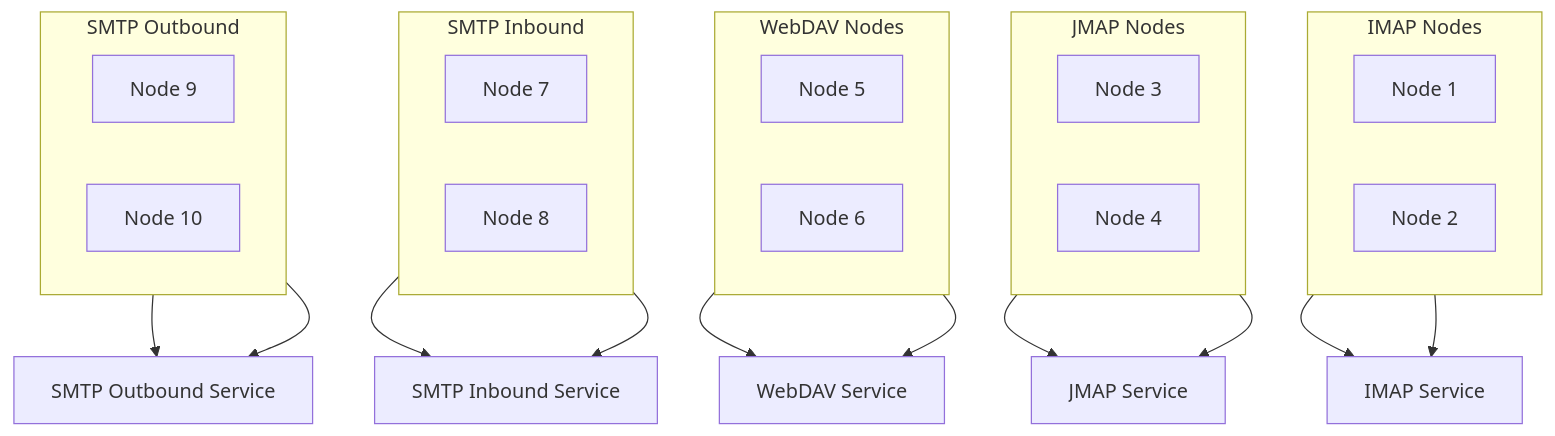
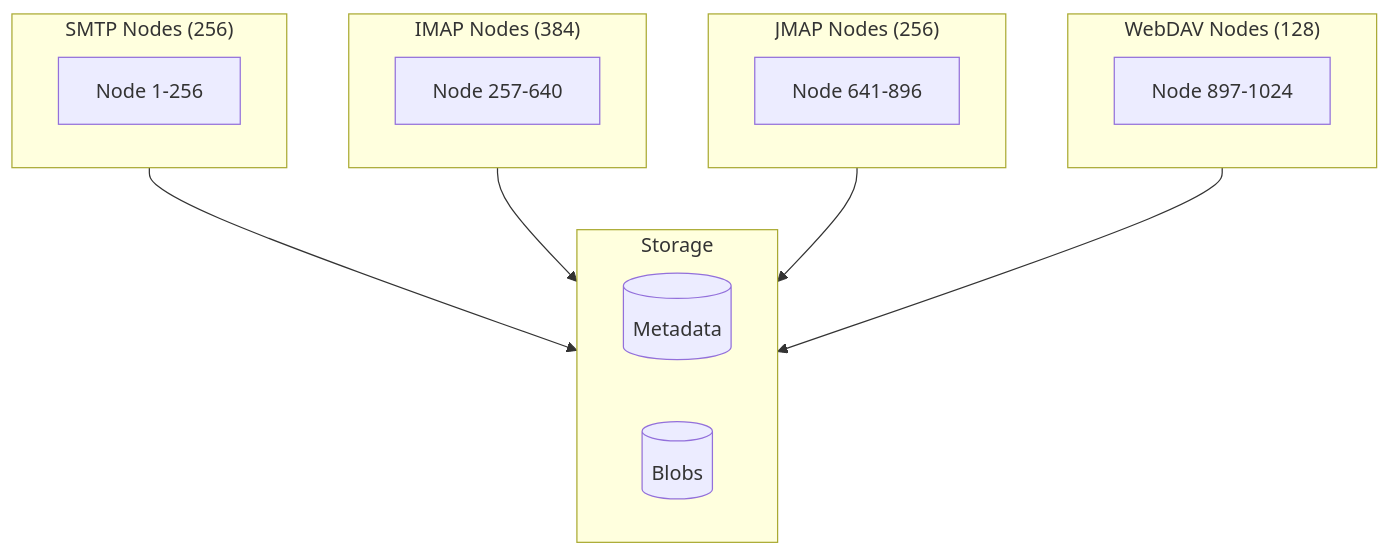
Before and after one commit to stalwartlabs/website: the second of 5 diagrams in docs/cluster/deployment/topology.md, drawn with Mermaid. The commit also changed other lines of this file and 2 other files, not shown here.

Commit message:
Updated clustering diagrams

````diff
--- a/docs/cluster/deployment/topology.md
+++ b/docs/cluster/deployment/topology.md
@@ -99,48 +50,25 @@
 ```mermaid
 flowchart TB
-
-    subgraph IMAP_Nodes [IMAP Nodes]
-        direction LR
-        IMAP1[Node 1]
-        IMAP2[Node 2]
+    subgraph SMTP["SMTP Nodes (256)"]
+        S1[Node 1-256]
     end
-
-    subgraph JMAP_Nodes [JMAP Nodes]
-        direction LR
-        JMAP1[Node 3]
-        JMAP2[Node 4]
+    
+    subgraph IMAP["IMAP Nodes (384)"]
+        I1[Node 257-640]
     end
-
-    subgraph WebDAV_Nodes [WebDAV Nodes]
-        direction LR
-        WebDAV1[Node 5]
-        WebDAV2[Node 6]
+    
+    subgraph JMAP["JMAP Nodes (256)"]
+        J1[Node 641-896]
     end
-
-    subgraph SMTP_Inbound [SMTP Inbound]
-        direction LR
-        SMTPIn1[Node 7]
-        SMTPIn2[Node 8]
+    
+    subgraph WebDAV["WebDAV Nodes (128)"]
+        W1[Node 897-1024]
     end
-
-    subgraph SMTP_Outbound [SMTP Outbound]
-        direction LR
-        SMTPOut1[Node 9]
-        SMTPOut2[Node 10]
+    
+    subgraph Storage
+        FDB[(Metadata)]
+        CEPH[(Blobs)]
     end
-
-    IMAP1 --> IMAP[IMAP Service]
-    IMAP2 --> IMAP
-
-    JMAP1 --> JMAP[JMAP Service]
-    JMAP2 --> JMAP
-
-    WebDAV1 --> WebDAV[WebDAV Service]
-    WebDAV2 --> WebDAV
-
-    SMTPIn1 --> SMTP_IN[SMTP Inbound Service]
-    SMTPIn2 --> SMTP_IN
-
-    SMTPOut1 --> SMTP_OUT[SMTP Outbound Service]
-    SMTPOut2 --> SMTP_OUT
+    
+    SMTP & IMAP & JMAP & WebDAV --> Storage
 ```
````
